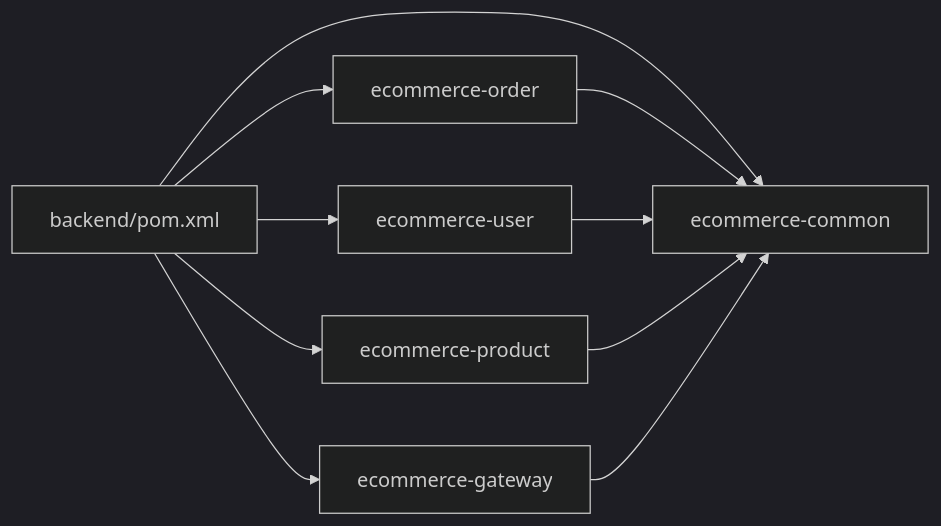
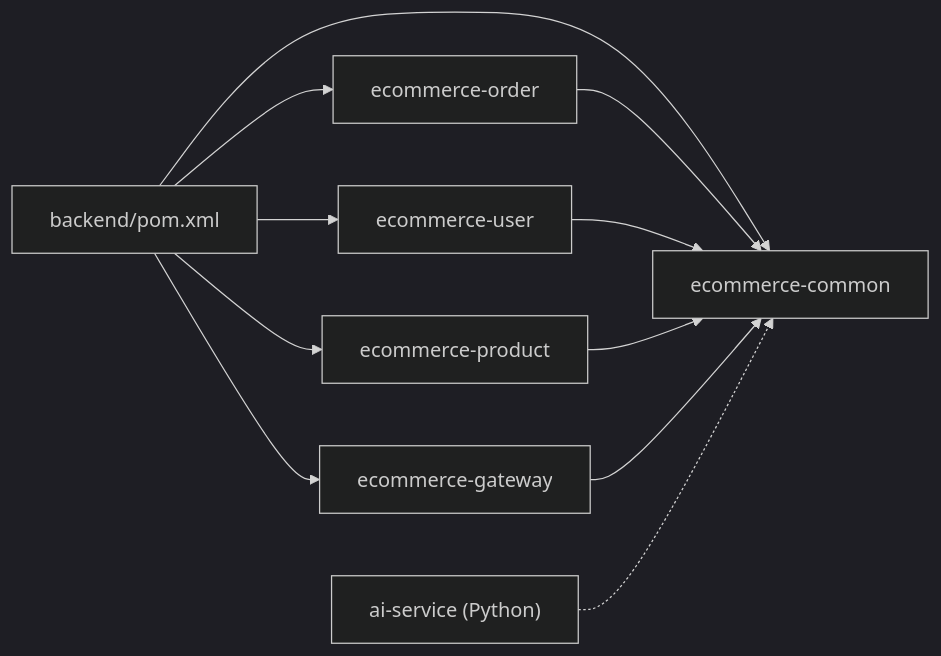
Before and after one commit to haohailiang/qoder-fullstack: the tenth of 10 diagrams in .qoder/repowiki/zh/content/后端架构设计/后端架构设计.md, drawn with Mermaid (dark theme). The commit also changed other lines of this file and 33 other files, not shown here.

````diff
--- a/.qoder/repowiki/zh/content/后端架构设计/后端架构设计.md
+++ b/.qoder/repowiki/zh/content/后端架构设计/后端架构设计.md
@@ -277,12 +326,13 @@
 ```mermaid
 graph LR
 Parent["backend/pom.xml"] --> Common["ecommerce-common"]
 Parent --> Gateway["ecommerce-gateway"]
 Parent --> User["ecommerce-user"]
 Parent --> Product["ecommerce-product"]
 Parent --> Order["ecommerce-order"]
 Order --> Common
 User --> Common
 Product --> Common
 Gateway --> Common
+AI["ai-service (Python)"] -.-> Common
 ```
````
